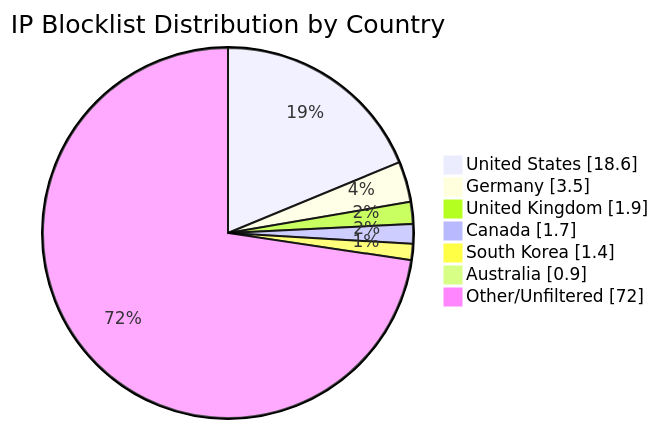
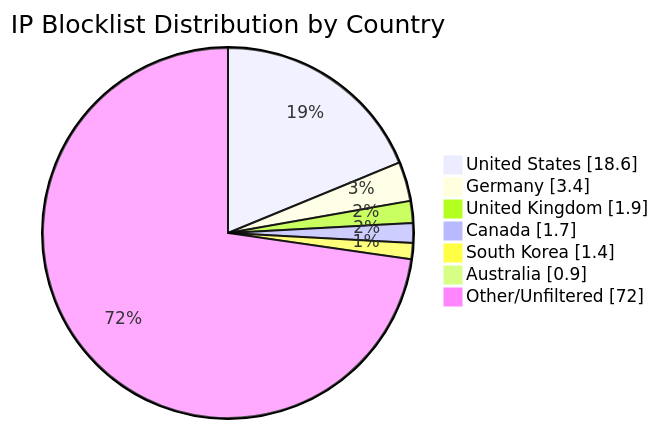
The diagram in README.md (MarcusHoltz/ipblocklist-geofiltered-aggregator), drawn with Mermaid before and after one commit. The commit also changed other lines of this file and 9 other files, not shown here.

````diff
--- a/README.md
+++ b/README.md
@@ -34,10 +34,10 @@
 ```mermaid
 pie showData title IP Blocklist Distribution by Country
 "United States" : 18.6
-"Germany" : 3.5
+"Germany" : 3.4
 "United Kingdom" : 1.9
 "Canada" : 1.7
 "South Korea" : 1.4
 "Australia" : 0.9
 "Other/Unfiltered" : 72.0
 ```
````
